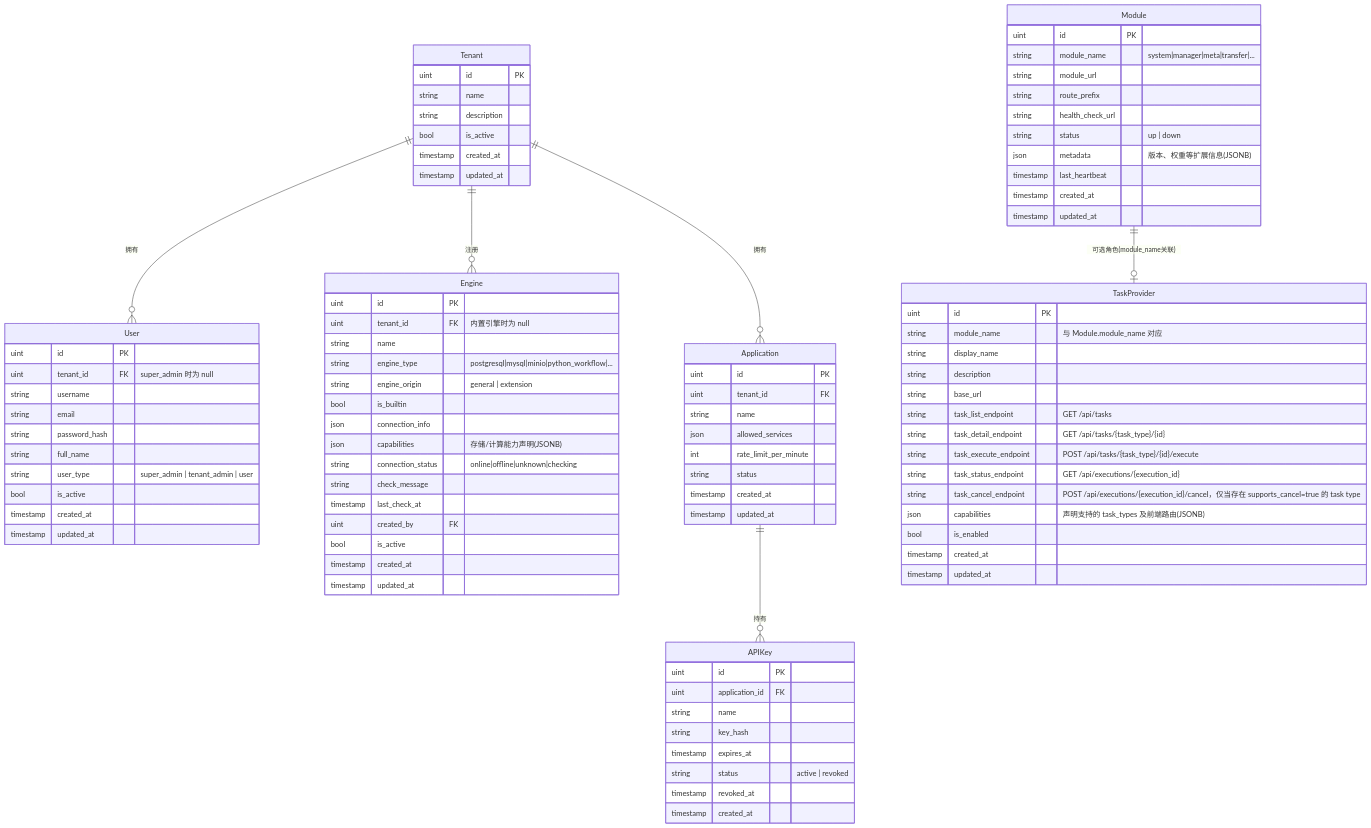
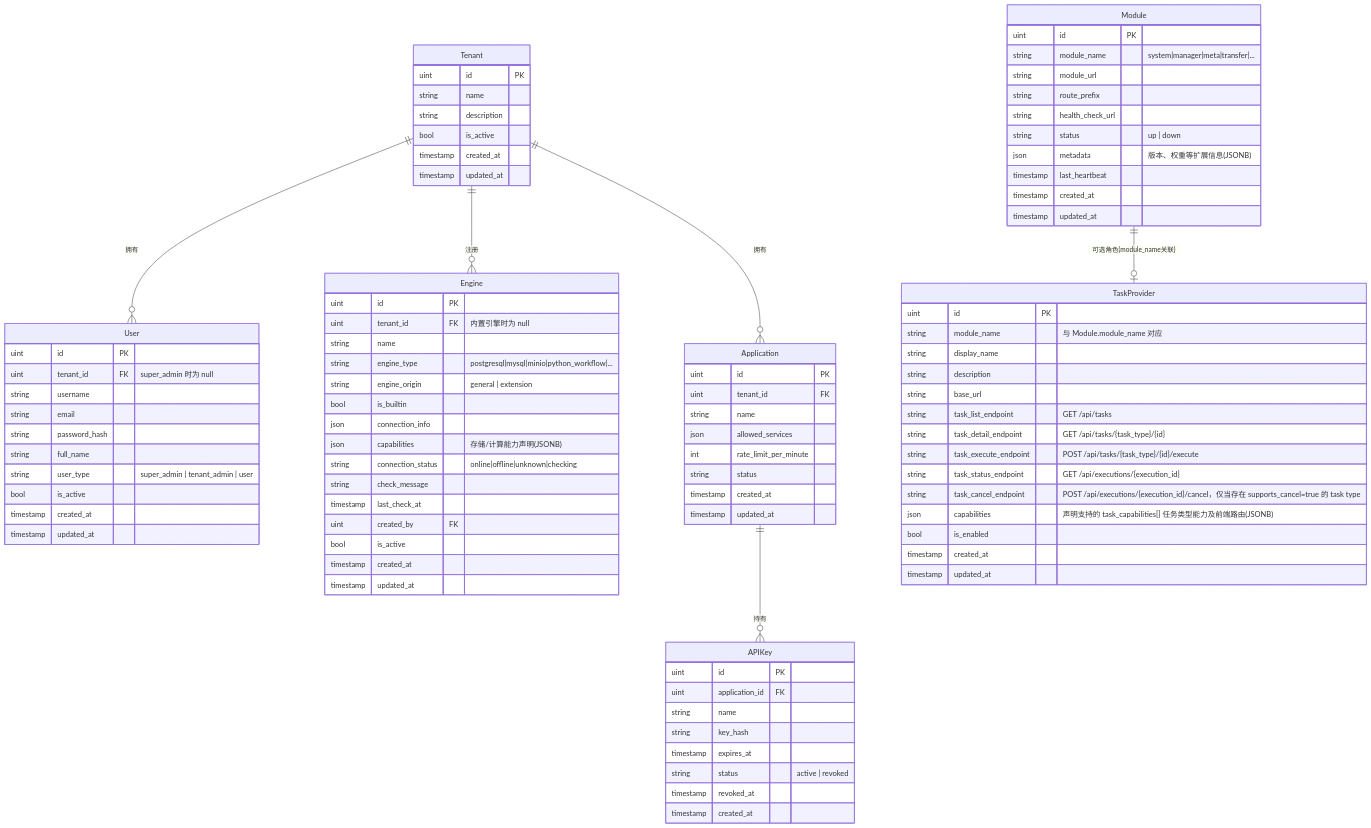
The first of 9 diagrams in docs/concepts/addp核心对象ER图（元模型）.md (pampa0629/addp), drawn with Mermaid before and after one commit. The commit also changed other lines of this file and 402 other files, not shown here.

```diff
--- a/docs/concepts/addp核心对象ER图（元模型）.md
+++ b/docs/concepts/addp核心对象ER图（元模型）.md
@@ -275,7 +275,7 @@
         string task_execute_endpoint "POST /api/tasks/{task_type}/{id}/execute"
         string task_status_endpoint "GET /api/executions/{execution_id}"
         string task_cancel_endpoint "POST /api/executions/{execution_id}/cancel，仅当存在 supports_cancel=true 的 task type"
-        json capabilities "声明支持的 task_types 及前端路由(JSONB)"
+        json capabilities "声明支持的 task_capabilities[] 任务类型能力及前端路由(JSONB)"
         bool is_enabled
         timestamp created_at
         timestamp updated_at
```
